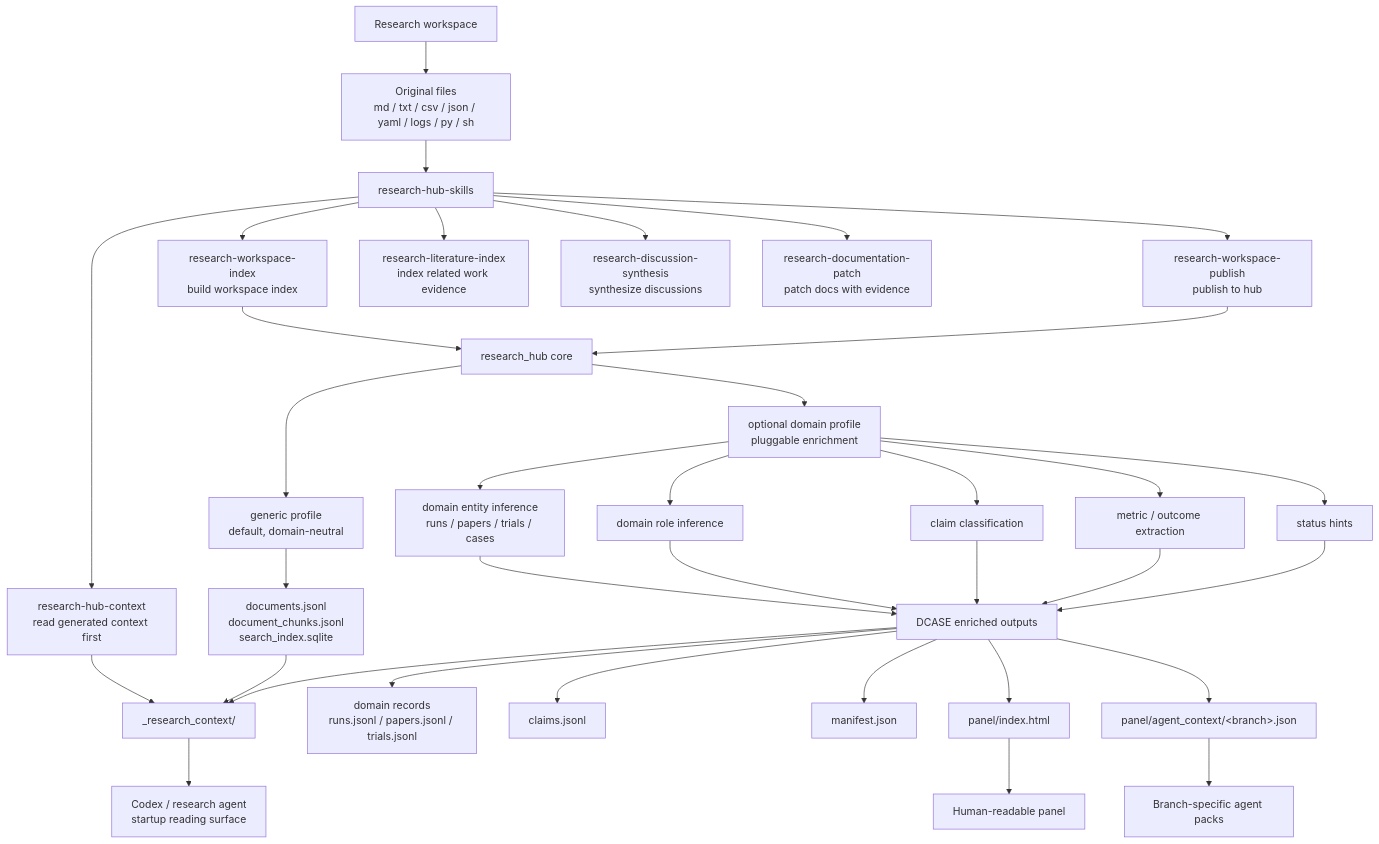
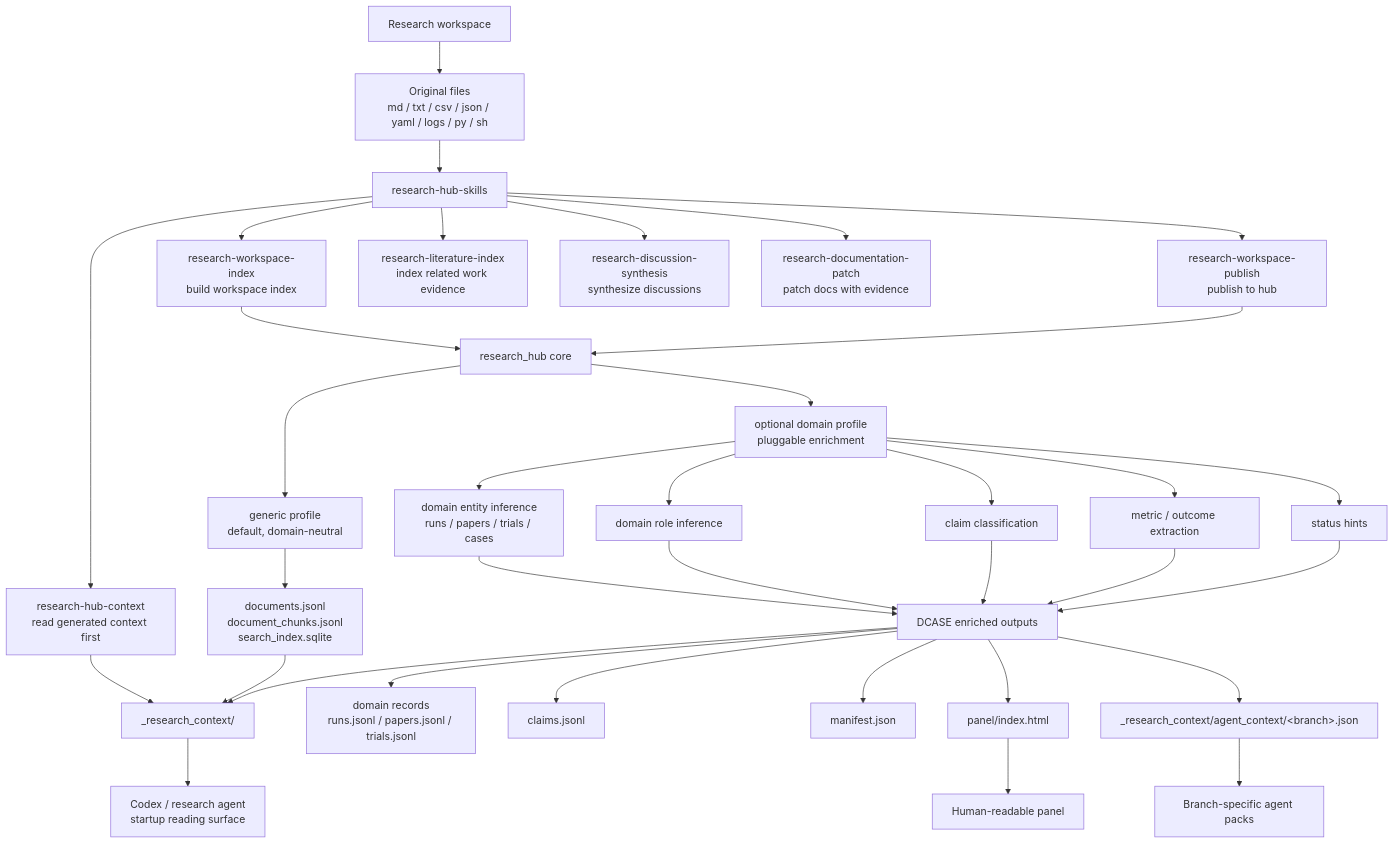
Before and after one commit to UTurtle/research-hub-skills: the first of 3 diagrams in docs/skill-map.md, drawn with Mermaid. The commit also changed 4 other files, not shown here.

````diff
--- a/docs/skill-map.md
+++ b/docs/skill-map.md
@@ -19,45 +19,45 @@
 ```mermaid
 flowchart TD
     A["Research workspace"] --> RAW["Original files<br/>md / txt / csv / json / yaml / logs / py / sh"]
     RAW --> RH["research-hub-skills"]
 
     RH --> RHC["research-hub-context<br/>read generated context first"]
     RH --> RWI["research-workspace-index<br/>build workspace index"]
     RH --> RWP["research-workspace-publish<br/>publish to hub"]
     RH --> RLI["research-literature-index<br/>index related work evidence"]
     RH --> RDS["research-discussion-synthesis<br/>synthesize discussions"]
     RH --> RDP["research-documentation-patch<br/>patch docs with evidence"]
 
     RWI --> CORE["research_hub core"]
     RWP --> CORE
     RHC --> CTX["_research_context/"]
 
     CORE --> GENERIC["generic profile<br/>default, domain-neutral"]
     CORE --> PROFILE["optional domain profile<br/>pluggable enrichment"]
 
     GENERIC --> GOUT["documents.jsonl<br/>document_chunks.jsonl<br/>search_index.sqlite"]
 
     PROFILE --> D1["domain entity inference<br/>runs / papers / trials / cases"]
     PROFILE --> D2["domain role inference"]
     PROFILE --> D3["claim classification"]
     PROFILE --> D4["metric / outcome extraction"]
     PROFILE --> D5["status hints"]
 
     D1 --> DOUT["DCASE enriched outputs"]
     D2 --> DOUT
     D3 --> DOUT
     D4 --> DOUT
     D5 --> DOUT
 
     DOUT --> O1["domain records<br/>runs.jsonl / papers.jsonl / trials.jsonl"]
     DOUT --> O2["claims.jsonl"]
     DOUT --> O3["manifest.json"]
     DOUT --> O4["panel/index.html"]
-    DOUT --> O5["panel/agent_context/&lt;branch&gt;.json"]
+    DOUT --> O5["_research_context/agent_context/&lt;branch&gt;.json"]
 
     GOUT --> CTX
     DOUT --> CTX
     CTX --> AGENT["Codex / research agent<br/>startup reading surface"]
     O4 --> PANEL["Human-readable panel"]
     O5 --> BRANCHCTX["Branch-specific agent packs"]
 ```
````
